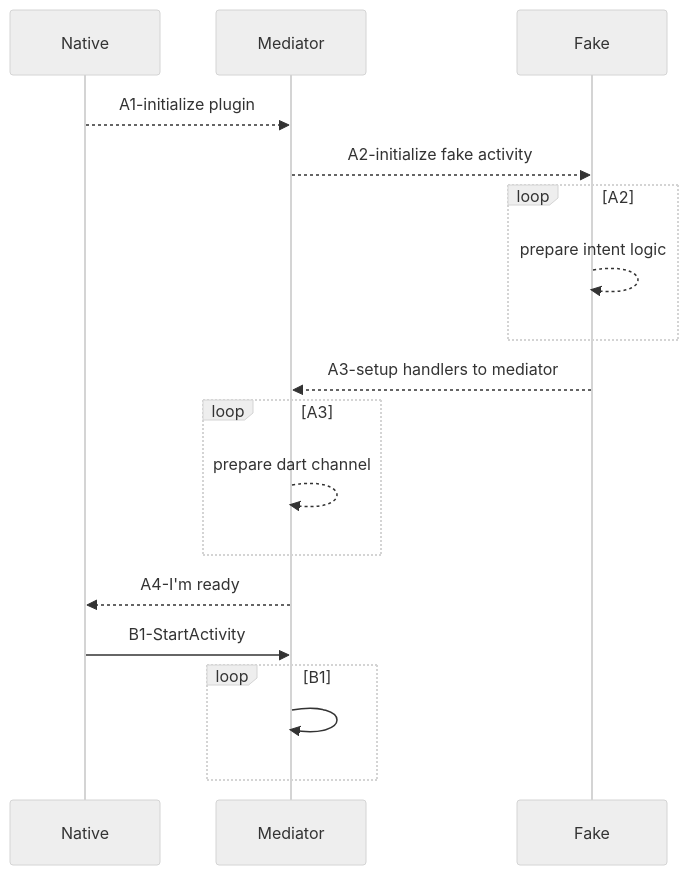
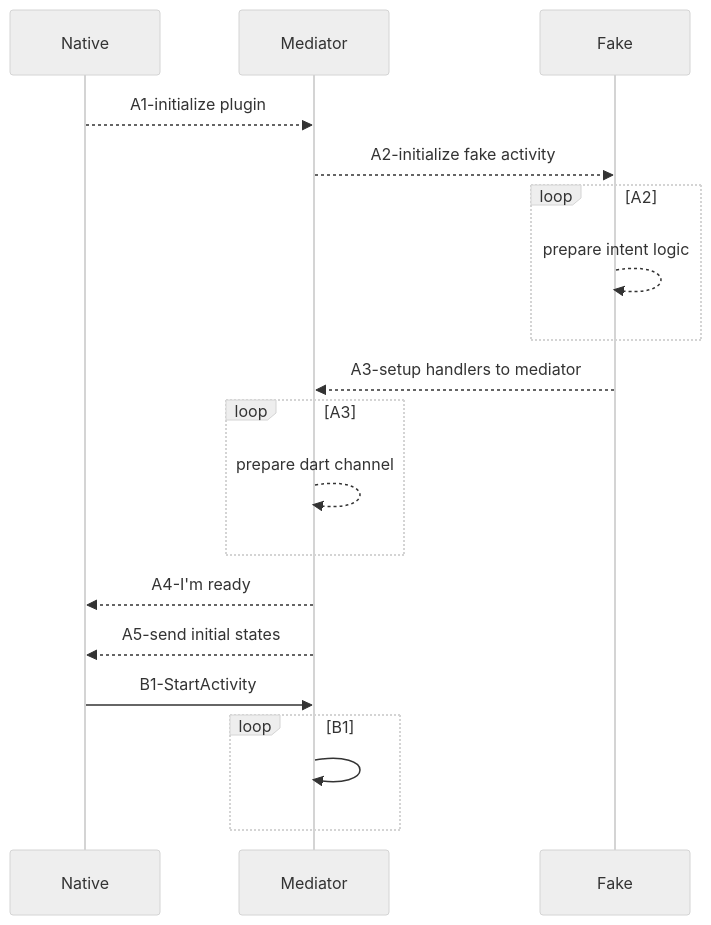
Before and after one commit to gordianknotC/nxp_note: the second of 2 diagrams in flutter/addActivityResultListener.md, drawn with Mermaid (neutral theme). The commit also changed other lines of this file, not shown here.

````diff
--- a/flutter/addActivityResultListener.md
+++ b/flutter/addActivityResultListener.md
@@ -55,17 +55,18 @@
 ```mermaid
 sequenceDiagram
 Native -->> Mediator: A1-initialize plugin
 Mediator -->> Fake: A2-initialize fake activity
 loop A2
 	Fake -->> Fake: prepare intent logic
 end
 Fake -->> Mediator: A3-setup handlers to mediator
 loop A3
 	Mediator -->> Mediator: prepare dart channel
 end
 Mediator -->> Native: A4-I'm ready
+Mediator -->> Native: A5-send initial states
 Native ->> Mediator: B1-StartActivity
 loop B1
 	Mediator ->> Mediator: 
 end
 ```
````
